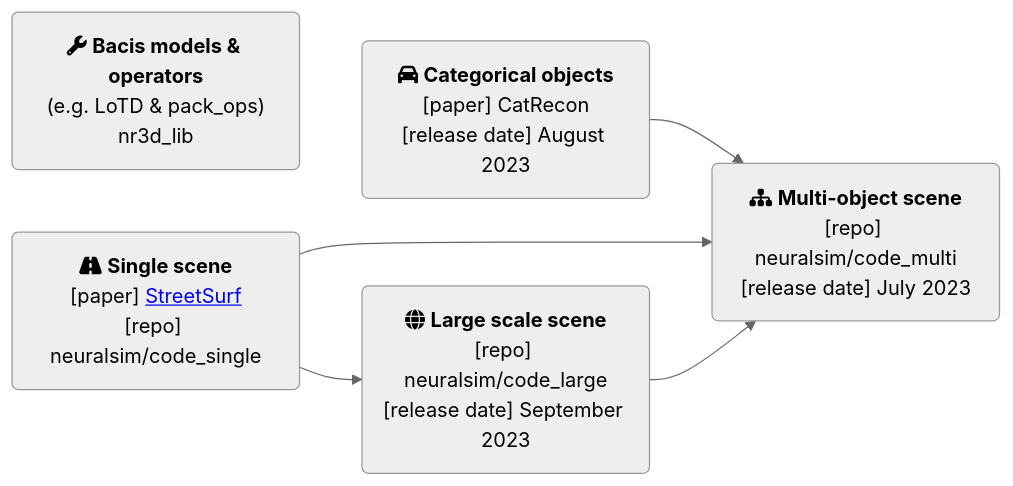
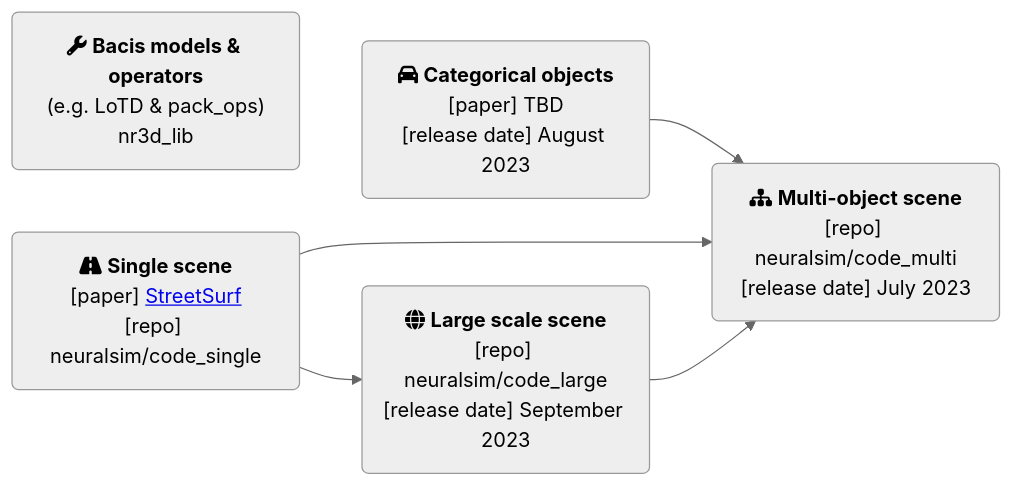
The diagram in README.md (PJLab-ADG/neuralsim), drawn with Mermaid before and after one commit.

````diff
--- a/README.md
+++ b/README.md
@@ -4,13 +4,13 @@
 ```mermaid
 %%{init: {'theme': 'neutral', "flowchart" : { "curve" : "basis" } } }%%
 graph LR;
     0("fa:fa-wrench <b>Bacis models & operators</b><br/>(e.g. LoTD & pack_ops)<br/>nr3d_lib")
     A("fa:fa-road <b>Single scene</b><br/>[paper] <a href='https://ventusff.github.io/streetsurf_web/' target='_blank'>StreetSurf</a><br/>[repo] neuralsim/code_single")
-    B("fa:fa-car <b>Categorical objects</b><br/>[paper] CatRecon<br/>[release date] August 2023")
+    B("fa:fa-car <b>Categorical objects</b><br/>[paper] TBD<br/>[release date] August 2023")
     C("fa:fa-globe <b>Large scale scene</b><br/>[repo] neuralsim/code_large<br/>[release date] September 2023")
     D("fa:fa-sitemap <b>Multi-object scene</b><br/>[repo] neuralsim/code_multi<br/>[release date] July 2023")
     B --> D
     A --> D
     A --> C
     C --> D
 ```
````
